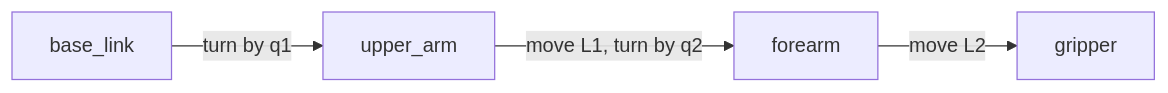
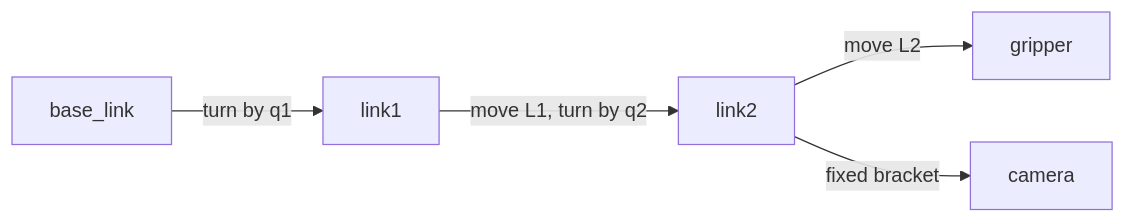
One commit to RobinNagpal/robotics-basics changed the diagram in docs/arm/overview.md. Above: the diagram before and after it, drawn with Mermaid. The commit also changed other lines of this file and 10 other files, not shown here.

````diff
--- a/docs/arm/overview.md
+++ b/docs/arm/overview.md
@@ -135,6 +169,7 @@
 ```mermaid
 flowchart LR
-    base_link -->|"turn by q1"| upper_arm
-    upper_arm -->|"move L1, turn by q2"| forearm
-    forearm -->|"move L2"| gripper
+    base_link -->|"turn by q1"| link1
+    link1 -->|"move L1, turn by q2"| link2
+    link2 -->|"move L2"| gripper
+    link2 -->|"fixed bracket"| camera
 ```
````
